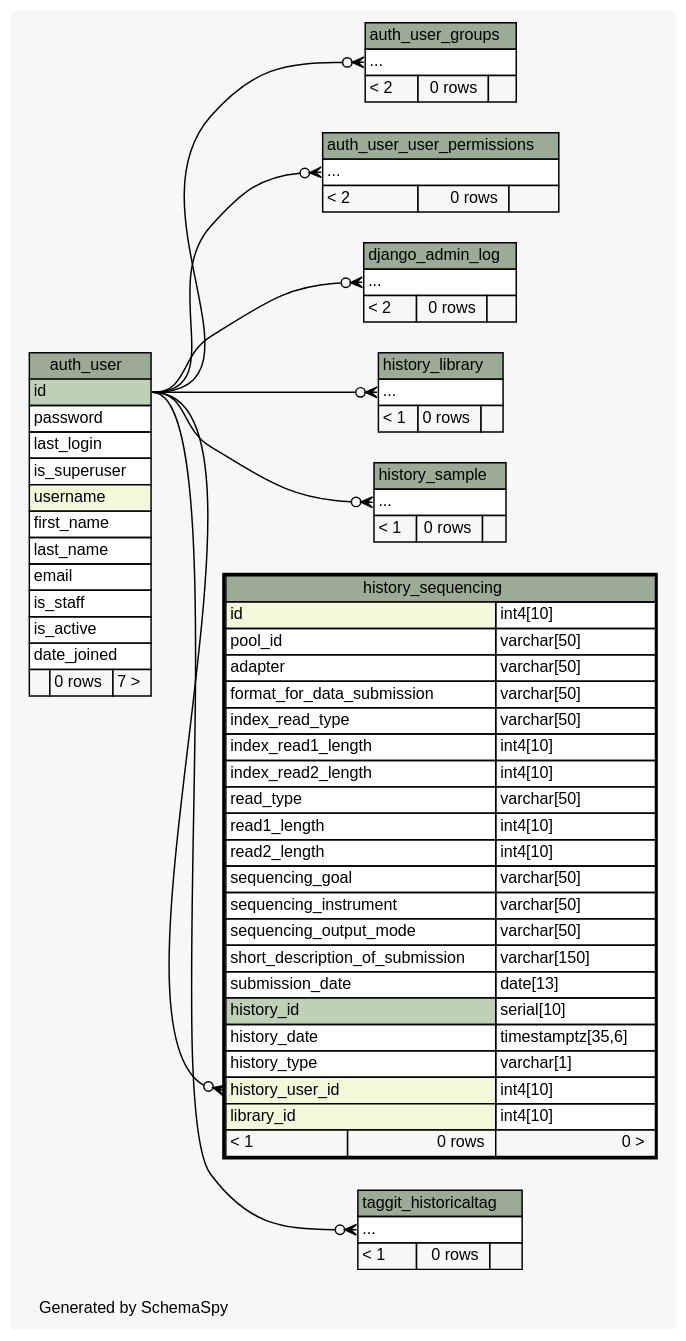
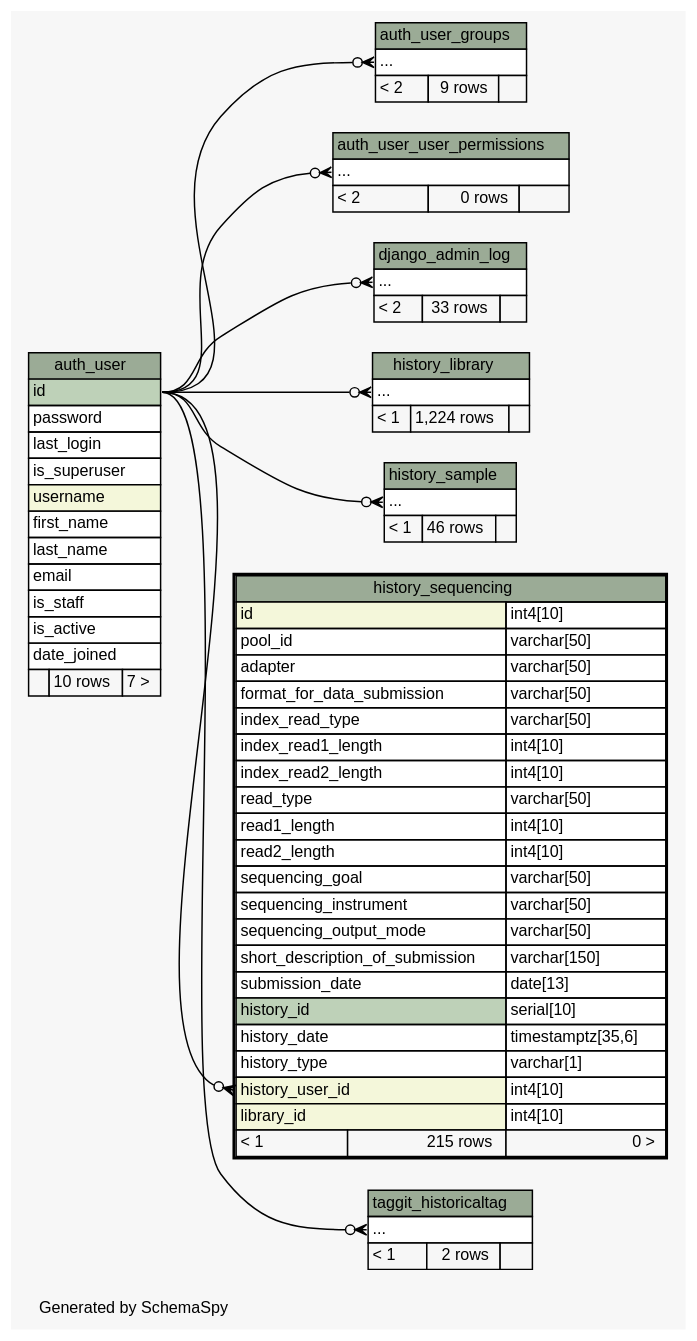
The diagram in db-schema/diagrams/history_sequencing.2degrees.dot (molonc/colossus), drawn with Graphviz before and after one commit. The commit also changed 159 other files, not shown here.

Commit message:
KRONOS-258 database schema update

```diff
--- a/db-schema/diagrams/history_sequencing.2degrees.dot
+++ b/db-schema/diagrams/history_sequencing.2degrees.dot
@@ -1,138 +1,138 @@
 // dot 2.36.0 on Mac OS X 10.9.5
 // SchemaSpy rev 590
 digraph "twoDegreesRelationshipsDiagram" {
   graph [
     rankdir="RL"
     bgcolor="#f7f7f7"
     label="\nGenerated by SchemaSpy"
     labeljust="l"
     nodesep="0.18"
     ranksep="0.46"
     fontname="Helvetica"
     fontsize="11"
   ];
   node [
     fontname="Helvetica"
     fontsize="11"
     shape="plaintext"
   ];
   edge [
     arrowsize="0.8"
   ];
   "auth_user_groups":"elipses":w -> "auth_user":"id":e [arrowhead=none dir=back arrowtail=crowodot];
   "auth_user_user_permissions":"elipses":w -> "auth_user":"id":e [arrowhead=none dir=back arrowtail=crowodot];
   "django_admin_log":"elipses":w -> "auth_user":"id":e [arrowhead=none dir=back arrowtail=crowodot];
   "history_library":"elipses":w -> "auth_user":"id":e [arrowhead=none dir=back arrowtail=crowodot];
   "history_sample":"elipses":w -> "auth_user":"id":e [arrowhead=none dir=back arrowtail=crowodot];
   "history_sequencing":"history_user_id":w -> "auth_user":"id":e [arrowhead=none dir=back arrowtail=crowodot];
   "taggit_historicaltag":"elipses":w -> "auth_user":"id":e [arrowhead=none dir=back arrowtail=crowodot];
   "auth_user" [
     label=<
     <TABLE BORDER="0" CELLBORDER="1" CELLSPACING="0" BGCOLOR="#ffffff">
       <TR><TD COLSPAN="3" BGCOLOR="#9bab96" ALIGN="CENTER">auth_user</TD></TR>
       <TR><TD PORT="id" COLSPAN="3" BGCOLOR="#bed1b8" ALIGN="LEFT">id</TD></TR>
       <TR><TD PORT="password" COLSPAN="3" ALIGN="LEFT">password</TD></TR>
       <TR><TD PORT="last_login" COLSPAN="3" ALIGN="LEFT">last_login</TD></TR>
       <TR><TD PORT="is_superuser" COLSPAN="3" ALIGN="LEFT">is_superuser</TD></TR>
       <TR><TD PORT="username" COLSPAN="3" BGCOLOR="#f4f7da" ALIGN="LEFT">username</TD></TR>
       <TR><TD PORT="first_name" COLSPAN="3" ALIGN="LEFT">first_name</TD></TR>
       <TR><TD PORT="last_name" COLSPAN="3" ALIGN="LEFT">last_name</TD></TR>
       <TR><TD PORT="email" COLSPAN="3" ALIGN="LEFT">email</TD></TR>
       <TR><TD PORT="is_staff" COLSPAN="3" ALIGN="LEFT">is_staff</TD></TR>
       <TR><TD PORT="is_active" COLSPAN="3" ALIGN="LEFT">is_active</TD></TR>
       <TR><TD PORT="date_joined" COLSPAN="3" ALIGN="LEFT">date_joined</TD></TR>
-      <TR><TD ALIGN="LEFT" BGCOLOR="#f7f7f7">  </TD><TD ALIGN="RIGHT" BGCOLOR="#f7f7f7">0 rows</TD><TD ALIGN="RIGHT" BGCOLOR="#f7f7f7">7 &gt;</TD></TR>
+      <TR><TD ALIGN="LEFT" BGCOLOR="#f7f7f7">  </TD><TD ALIGN="RIGHT" BGCOLOR="#f7f7f7">10 rows</TD><TD ALIGN="RIGHT" BGCOLOR="#f7f7f7">7 &gt;</TD></TR>
     </TABLE>>
     URL="auth_user.html"
     tooltip="auth_user"
   ];
   "auth_user_groups" [
     label=<
     <TABLE BORDER="0" CELLBORDER="1" CELLSPACING="0" BGCOLOR="#ffffff">
       <TR><TD COLSPAN="3" BGCOLOR="#9bab96" ALIGN="CENTER">auth_user_groups</TD></TR>
       <TR><TD PORT="elipses" COLSPAN="3" ALIGN="LEFT">...</TD></TR>
-      <TR><TD ALIGN="LEFT" BGCOLOR="#f7f7f7">&lt; 2</TD><TD ALIGN="RIGHT" BGCOLOR="#f7f7f7">0 rows</TD><TD ALIGN="RIGHT" BGCOLOR="#f7f7f7">  </TD></TR>
+      <TR><TD ALIGN="LEFT" BGCOLOR="#f7f7f7">&lt; 2</TD><TD ALIGN="RIGHT" BGCOLOR="#f7f7f7">9 rows</TD><TD ALIGN="RIGHT" BGCOLOR="#f7f7f7">  </TD></TR>
     </TABLE>>
     URL="auth_user_groups.html"
     tooltip="auth_user_groups"
   ];
   "auth_user_user_permissions" [
     label=<
     <TABLE BORDER="0" CELLBORDER="1" CELLSPACING="0" BGCOLOR="#ffffff">
       <TR><TD COLSPAN="3" BGCOLOR="#9bab96" ALIGN="CENTER">auth_user_user_permissions</TD></TR>
       <TR><TD PORT="elipses" COLSPAN="3" ALIGN="LEFT">...</TD></TR>
       <TR><TD ALIGN="LEFT" BGCOLOR="#f7f7f7">&lt; 2</TD><TD ALIGN="RIGHT" BGCOLOR="#f7f7f7">0 rows</TD><TD ALIGN="RIGHT" BGCOLOR="#f7f7f7">  </TD></TR>
     </TABLE>>
     URL="auth_user_user_permissions.html"
     tooltip="auth_user_user_permissions"
   ];
   "django_admin_log" [
     label=<
     <TABLE BORDER="0" CELLBORDER="1" CELLSPACING="0" BGCOLOR="#ffffff">
       <TR><TD COLSPAN="3" BGCOLOR="#9bab96" ALIGN="CENTER">django_admin_log</TD></TR>
       <TR><TD PORT="elipses" COLSPAN="3" ALIGN="LEFT">...</TD></TR>
-      <TR><TD ALIGN="LEFT" BGCOLOR="#f7f7f7">&lt; 2</TD><TD ALIGN="RIGHT" BGCOLOR="#f7f7f7">0 rows</TD><TD ALIGN="RIGHT" BGCOLOR="#f7f7f7">  </TD></TR>
+      <TR><TD ALIGN="LEFT" BGCOLOR="#f7f7f7">&lt; 2</TD><TD ALIGN="RIGHT" BGCOLOR="#f7f7f7">33 rows</TD><TD ALIGN="RIGHT" BGCOLOR="#f7f7f7">  </TD></TR>
     </TABLE>>
     URL="django_admin_log.html"
     tooltip="django_admin_log"
   ];
   "history_library" [
     label=<
     <TABLE BORDER="0" CELLBORDER="1" CELLSPACING="0" BGCOLOR="#ffffff">
       <TR><TD COLSPAN="3" BGCOLOR="#9bab96" ALIGN="CENTER">history_library</TD></TR>
       <TR><TD PORT="elipses" COLSPAN="3" ALIGN="LEFT">...</TD></TR>
-      <TR><TD ALIGN="LEFT" BGCOLOR="#f7f7f7">&lt; 1</TD><TD ALIGN="RIGHT" BGCOLOR="#f7f7f7">0 rows</TD><TD ALIGN="RIGHT" BGCOLOR="#f7f7f7">  </TD></TR>
+      <TR><TD ALIGN="LEFT" BGCOLOR="#f7f7f7">&lt; 1</TD><TD ALIGN="RIGHT" BGCOLOR="#f7f7f7">1,224 rows</TD><TD ALIGN="RIGHT" BGCOLOR="#f7f7f7">  </TD></TR>
     </TABLE>>
     URL="history_library.html"
     tooltip="history_library"
   ];
   "history_sample" [
     label=<
     <TABLE BORDER="0" CELLBORDER="1" CELLSPACING="0" BGCOLOR="#ffffff">
       <TR><TD COLSPAN="3" BGCOLOR="#9bab96" ALIGN="CENTER">history_sample</TD></TR>
       <TR><TD PORT="elipses" COLSPAN="3" ALIGN="LEFT">...</TD></TR>
-      <TR><TD ALIGN="LEFT" BGCOLOR="#f7f7f7">&lt; 1</TD><TD ALIGN="RIGHT" BGCOLOR="#f7f7f7">0 rows</TD><TD ALIGN="RIGHT" BGCOLOR="#f7f7f7">  </TD></TR>
+      <TR><TD ALIGN="LEFT" BGCOLOR="#f7f7f7">&lt; 1</TD><TD ALIGN="RIGHT" BGCOLOR="#f7f7f7">46 rows</TD><TD ALIGN="RIGHT" BGCOLOR="#f7f7f7">  </TD></TR>
     </TABLE>>
     URL="history_sample.html"
     tooltip="history_sample"
   ];
   "history_sequencing" [
     label=<
     <TABLE BORDER="2" CELLBORDER="1" CELLSPACING="0" BGCOLOR="#ffffff">
       <TR><TD COLSPAN="3" BGCOLOR="#9bab96" ALIGN="CENTER">history_sequencing</TD></TR>
       <TR><TD PORT="id" COLSPAN="2" BGCOLOR="#f4f7da" ALIGN="LEFT">id</TD><TD PORT="id.type" ALIGN="LEFT">int4[10]</TD></TR>
       <TR><TD PORT="pool_id" COLSPAN="2" ALIGN="LEFT">pool_id</TD><TD PORT="pool_id.type" ALIGN="LEFT">varchar[50]</TD></TR>
       <TR><TD PORT="adapter" COLSPAN="2" ALIGN="LEFT">adapter</TD><TD PORT="adapter.type" ALIGN="LEFT">varchar[50]</TD></TR>
       <TR><TD PORT="format_for_data_submission" COLSPAN="2" ALIGN="LEFT">format_for_data_submission</TD><TD PORT="format_for_data_submission.type" ALIGN="LEFT">varchar[50]</TD></TR>
       <TR><TD PORT="index_read_type" COLSPAN="2" ALIGN="LEFT">index_read_type</TD><TD PORT="index_read_type.type" ALIGN="LEFT">varchar[50]</TD></TR>
       <TR><TD PORT="index_read1_length" COLSPAN="2" ALIGN="LEFT">index_read1_length</TD><TD PORT="index_read1_length.type" ALIGN="LEFT">int4[10]</TD></TR>
       <TR><TD PORT="index_read2_length" COLSPAN="2" ALIGN="LEFT">index_read2_length</TD><TD PORT="index_read2_length.type" ALIGN="LEFT">int4[10]</TD></TR>
       <TR><TD PORT="read_type" COLSPAN="2" ALIGN="LEFT">read_type</TD><TD PORT="read_type.type" ALIGN="LEFT">varchar[50]</TD></TR>
       <TR><TD PORT="read1_length" COLSPAN="2" ALIGN="LEFT">read1_length</TD><TD PORT="read1_length.type" ALIGN="LEFT">int4[10]</TD></TR>
       <TR><TD PORT="read2_length" COLSPAN="2" ALIGN="LEFT">read2_length</TD><TD PORT="read2_length.type" ALIGN="LEFT">int4[10]</TD></TR>
       <TR><TD PORT="sequencing_goal" COLSPAN="2" ALIGN="LEFT">sequencing_goal</TD><TD PORT="sequencing_goal.type" ALIGN="LEFT">varchar[50]</TD></TR>
       <TR><TD PORT="sequencing_instrument" COLSPAN="2" ALIGN="LEFT">sequencing_instrument</TD><TD PORT="sequencing_instrument.type" ALIGN="LEFT">varchar[50]</TD></TR>
       <TR><TD PORT="sequencing_output_mode" COLSPAN="2" ALIGN="LEFT">sequencing_output_mode</TD><TD PORT="sequencing_output_mode.type" ALIGN="LEFT">varchar[50]</TD></TR>
       <TR><TD PORT="short_description_of_submission" COLSPAN="2" ALIGN="LEFT">short_description_of_submission</TD><TD PORT="short_description_of_submission.type" ALIGN="LEFT">varchar[150]</TD></TR>
       <TR><TD PORT="submission_date" COLSPAN="2" ALIGN="LEFT">submission_date</TD><TD PORT="submission_date.type" ALIGN="LEFT">date[13]</TD></TR>
       <TR><TD PORT="history_id" COLSPAN="2" BGCOLOR="#bed1b8" ALIGN="LEFT">history_id</TD><TD PORT="history_id.type" ALIGN="LEFT">serial[10]</TD></TR>
       <TR><TD PORT="history_date" COLSPAN="2" ALIGN="LEFT">history_date</TD><TD PORT="history_date.type" ALIGN="LEFT">timestamptz[35,6]</TD></TR>
       <TR><TD PORT="history_type" COLSPAN="2" ALIGN="LEFT">history_type</TD><TD PORT="history_type.type" ALIGN="LEFT">varchar[1]</TD></TR>
       <TR><TD PORT="history_user_id" COLSPAN="2" BGCOLOR="#f4f7da" ALIGN="LEFT">history_user_id</TD><TD PORT="history_user_id.type" ALIGN="LEFT">int4[10]</TD></TR>
       <TR><TD PORT="library_id" COLSPAN="2" BGCOLOR="#f4f7da" ALIGN="LEFT">library_id</TD><TD PORT="library_id.type" ALIGN="LEFT">int4[10]</TD></TR>
-      <TR><TD ALIGN="LEFT" BGCOLOR="#f7f7f7">&lt; 1</TD><TD ALIGN="RIGHT" BGCOLOR="#f7f7f7">0 rows</TD><TD ALIGN="RIGHT" BGCOLOR="#f7f7f7">0 &gt;</TD></TR>
+      <TR><TD ALIGN="LEFT" BGCOLOR="#f7f7f7">&lt; 1</TD><TD ALIGN="RIGHT" BGCOLOR="#f7f7f7">215 rows</TD><TD ALIGN="RIGHT" BGCOLOR="#f7f7f7">0 &gt;</TD></TR>
     </TABLE>>
     URL="history_sequencing.html"
     tooltip="history_sequencing"
   ];
   "taggit_historicaltag" [
     label=<
     <TABLE BORDER="0" CELLBORDER="1" CELLSPACING="0" BGCOLOR="#ffffff">
       <TR><TD COLSPAN="3" BGCOLOR="#9bab96" ALIGN="CENTER">taggit_historicaltag</TD></TR>
       <TR><TD PORT="elipses" COLSPAN="3" ALIGN="LEFT">...</TD></TR>
-      <TR><TD ALIGN="LEFT" BGCOLOR="#f7f7f7">&lt; 1</TD><TD ALIGN="RIGHT" BGCOLOR="#f7f7f7">0 rows</TD><TD ALIGN="RIGHT" BGCOLOR="#f7f7f7">  </TD></TR>
+      <TR><TD ALIGN="LEFT" BGCOLOR="#f7f7f7">&lt; 1</TD><TD ALIGN="RIGHT" BGCOLOR="#f7f7f7">2 rows</TD><TD ALIGN="RIGHT" BGCOLOR="#f7f7f7">  </TD></TR>
     </TABLE>>
     URL="taggit_historicaltag.html"
     tooltip="taggit_historicaltag"
   ];
 }
```
